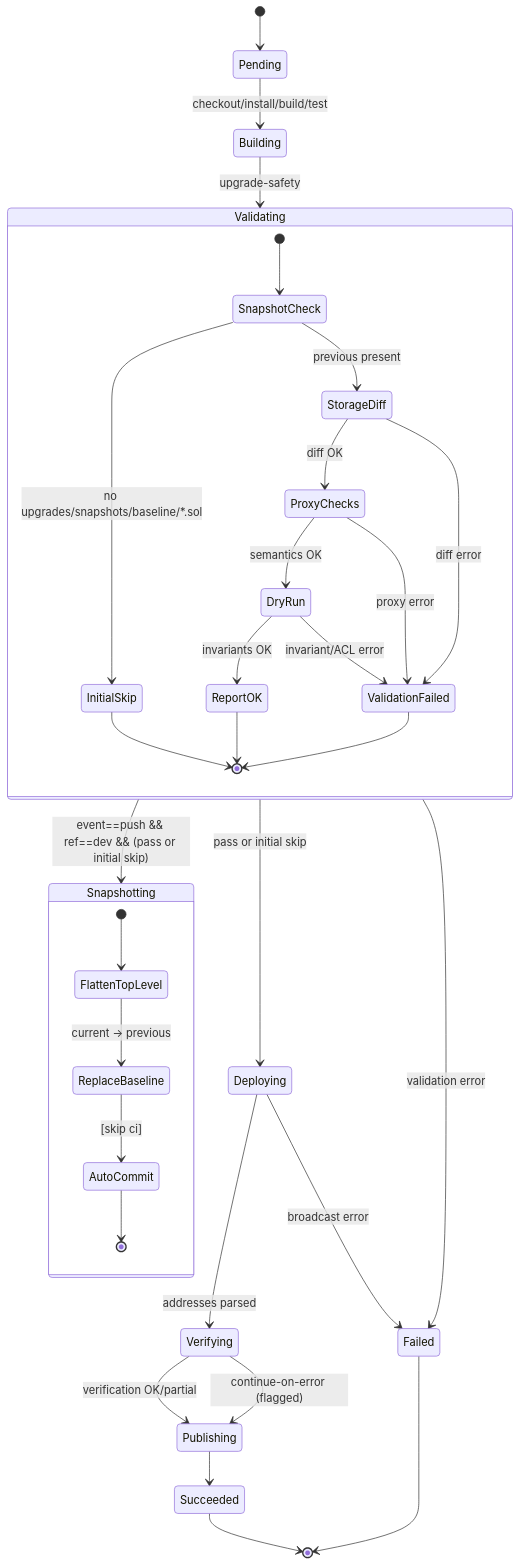
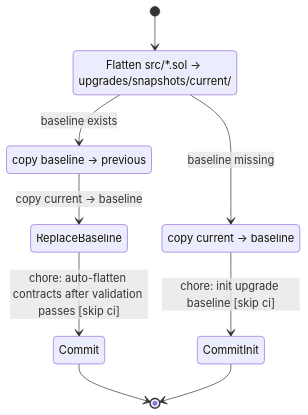
The third of 3 diagrams in docs/specs/ci-cd-automated-deployments.md (BreadchainCoop/etherform), drawn with Mermaid before and after one commit. The commit also changed other lines of this file, not shown here.

Commit message:
docs(spec): simplify diagrams, inherit OZ checks

````diff
--- a/docs/specs/ci-cd-automated-deployments.md
+++ b/docs/specs/ci-cd-automated-deployments.md
@@ -289,46 +279,16 @@
 ```mermaid
-stateDiagram
-  [*] --> Pending
-  Pending --> Building : checkout/install/build/test
-  Building --> Validating : upgrade-safety
+stateDiagram-v2
+  [*] --> Flatten
+  Flatten: Flatten src/*.sol -> upgrades/snapshots/current/
+  Flatten --> Promote : baseline exists
+  Flatten --> InitBaseline : baseline missing
 
-  state Validating {
-    [*] --> SnapshotCheck
-    SnapshotCheck --> InitialSkip : no upgrades/snapshots/baseline/*.sol
-    SnapshotCheck --> StorageDiff : previous present
+  Promote: copy baseline -> previous
+  Promote --> ReplaceBaseline: copy current -> baseline
+  ReplaceBaseline --> Commit: chore: auto-flatten contracts after validation passes [skip ci]
+  Commit --> [*]
 
-    StorageDiff --> ProxyChecks : diff OK
-    StorageDiff --> ValidationFailed : diff error
-
-    ProxyChecks --> DryRun : semantics OK
-    ProxyChecks --> ValidationFailed : proxy error
-
-    DryRun --> ReportOK : invariants OK
-    DryRun --> ValidationFailed : invariant/ACL error
-
-    ReportOK --> [*]
-    InitialSkip --> [*]
-    ValidationFailed --> [*]
-  }
-
-  Validating --> Snapshotting : event==push && ref==dev && (pass or initial skip)
-  state Snapshotting {
-    [*] --> FlattenTopLevel
-    FlattenTopLevel --> ReplaceBaseline : current -> previous
-    ReplaceBaseline --> AutoCommit : [skip ci]
-    AutoCommit --> [*]
-  }
-
-  Validating --> Deploying : pass or initial skip
-  Validating --> Failed : validation error
-
-  Deploying --> Verifying : addresses parsed
-  Deploying --> Failed : broadcast error
-
-  Verifying --> Publishing : verification OK/partial
-  Verifying --> Publishing : continue-on-error (flagged)
-
-  Publishing --> Succeeded
-  Failed --> [*]
-  Succeeded --> [*]
+  InitBaseline: copy current -> baseline
+  InitBaseline --> CommitInit: chore: init upgrade baseline [skip ci]
+  CommitInit --> [*]
 ```
````
